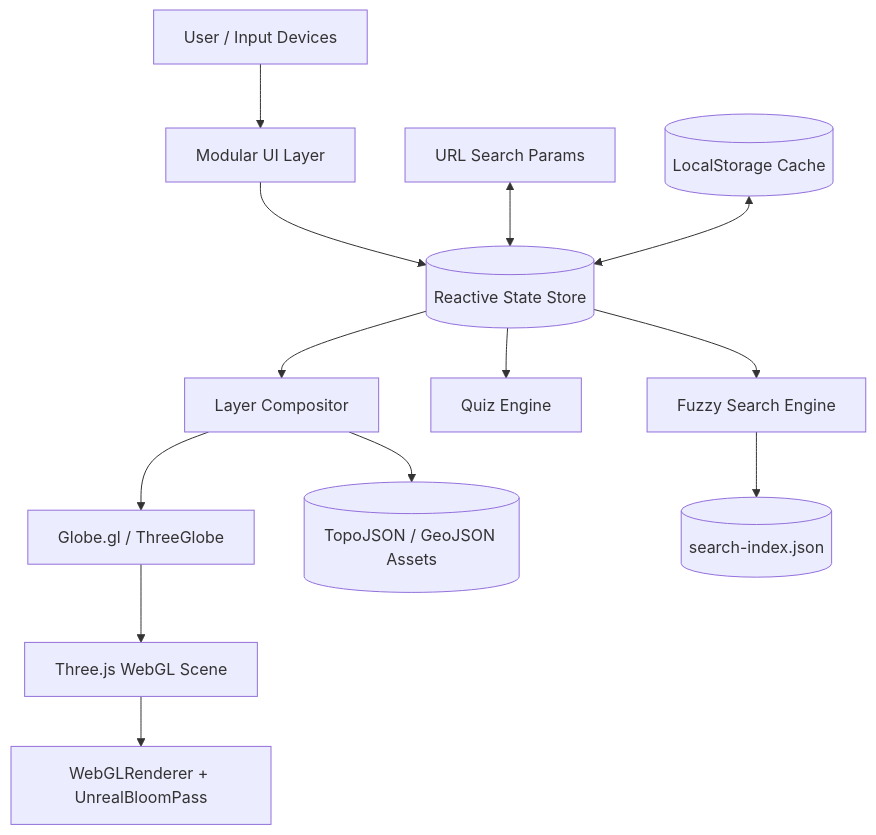
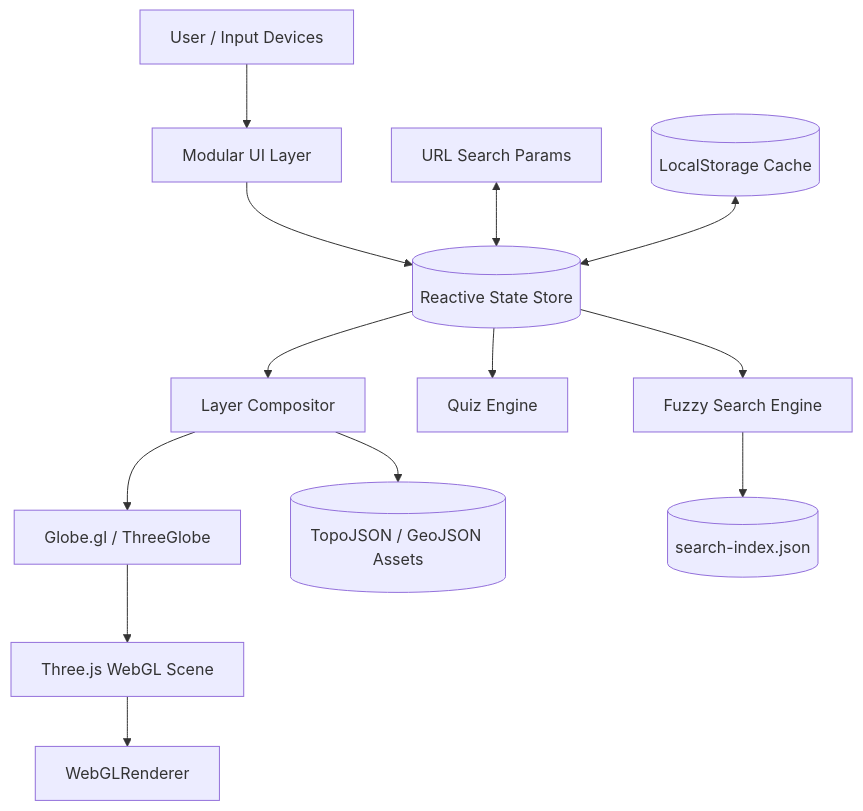
Before and after one commit to Tomoneczek/terralearn: the diagram in docs/case-study.md, drawn with Mermaid. The commit also changed other lines of this file and 65 other files, not shown here.

````diff
--- a/docs/case-study.md
+++ b/docs/case-study.md
@@ -13,18 +13,18 @@
 ```mermaid
 graph TD
   User[User / Input Devices] --> UI[Modular UI Layer]
   UI --> Store[(Reactive State Store)]
   URL[URL Search Params] <--> Store
   Storage[(LocalStorage Cache)] <--> Store
 
   Store --> Compositor[Layer Compositor]
   Store --> Quiz[Quiz Engine]
   Store --> Search[Fuzzy Search Engine]
 
   Compositor --> ThreeGlobe[Globe.gl / ThreeGlobe]
   ThreeGlobe --> Scene[Three.js WebGL Scene]
-  Scene --> Renderer[WebGLRenderer + UnrealBloomPass]
+  Scene --> Renderer[WebGLRenderer]
 
   Search --> SearchIndex[(search-index.json)]
   Compositor --> GeoData[(TopoJSON / GeoJSON Assets)]
 ```
````
